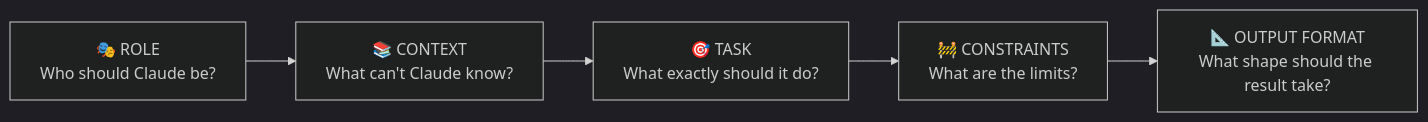
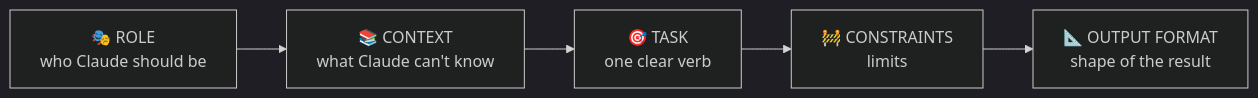
One commit to saurabhSMS1987/Public_Learning-DE-DS-ML-AI changed the second of 5 diagrams in 008 CCAO- F Certification Prep/Module-2-Prompting-and-Task-Execution.md. Above: the diagram before and after it, drawn with Mermaid (dark theme). The commit also changed other lines of this file and 1 other file, not shown here.

````diff
--- a/008 CCAO- F Certification Prep/Module-2-Prompting-and-Task-Execution.md
+++ b/008 CCAO- F Certification Prep/Module-2-Prompting-and-Task-Execution.md
@@ -93,7 +41,4 @@
 ```mermaid
 flowchart LR
-    R["🎭 ROLE<br/>Who should Claude be?"] --> C["📚 CONTEXT<br/>What can't Claude know?"]
-    C --> T["🎯 TASK<br/>What exactly should it do?"]
-    T --> K["🚧 CONSTRAINTS<br/>What are the limits?"]
-    K --> F["📐 OUTPUT FORMAT<br/>What shape should the result take?"]
+    R["🎭 ROLE<br/>who Claude should be"] --> C["📚 CONTEXT<br/>what Claude can't know"] --> T["🎯 TASK<br/>one clear verb"] --> K["🚧 CONSTRAINTS<br/>limits"] --> F["📐 OUTPUT FORMAT<br/>shape of the result"]
 ```
````
